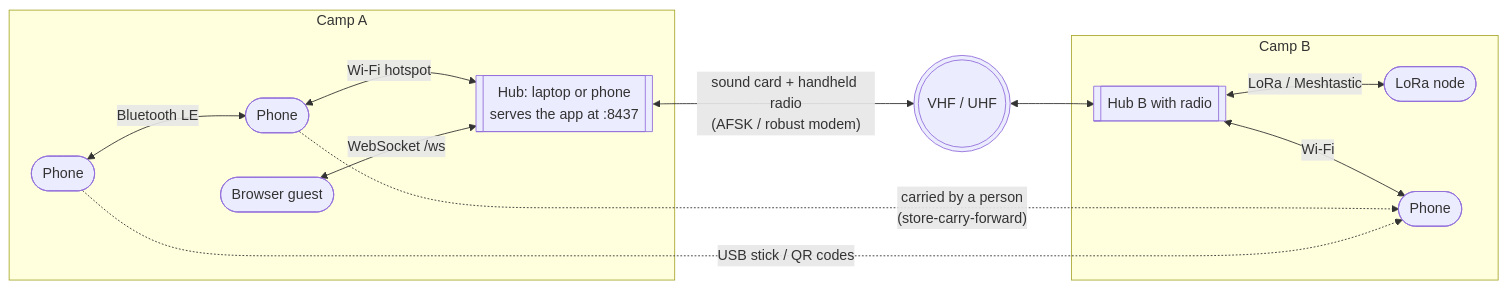
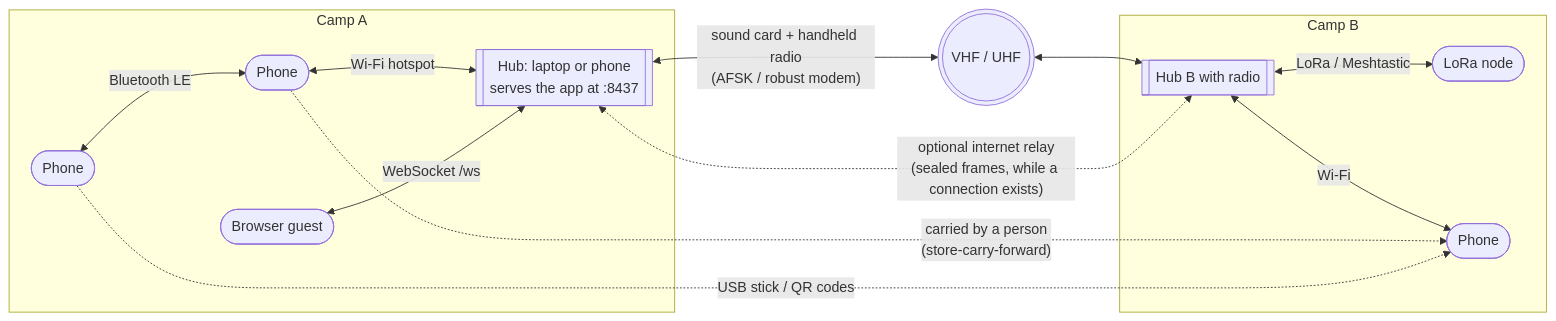
One commit to J7779/embermesh changed the second of 2 diagrams in README.md. Above: the diagram before and after it, drawn with Mermaid. The commit also changed other lines of this file and 4 other files, not shown here.

Commit message:
README: nearby devices, optional internet relay, Morse by light; refreshed screenshots

````diff
--- a/README.md
+++ b/README.md
@@ -211,16 +224,17 @@
 ```mermaid
 flowchart LR
   subgraph Camp_A["Camp A"]
     P1([Phone]) <-->|Bluetooth LE| P2([Phone])
     P2 <-->|Wi-Fi hotspot| HubA[["Hub: laptop or phone<br/>serves the app at :8437"]]
     Br([Browser guest]) <-->|"WebSocket /ws"| HubA
   end
   HubA <-->|"sound card + handheld radio<br/>(AFSK / robust modem)"| Air(((VHF / UHF)))
   Air <--> HubB[["Hub B with radio"]]
   subgraph Camp_B["Camp B"]
     HubB <-->|LoRa / Meshtastic| L1([LoRa node])
     HubB <-->|Wi-Fi| P3([Phone])
   end
   P2 -. "carried by a person<br/>(store-carry-forward)" .-> P3
   P1 -. "USB stick / QR codes" .-> P3
+  HubA <-. "optional internet relay<br/>(sealed frames, while a connection exists)" .-> HubB
 ```
````
